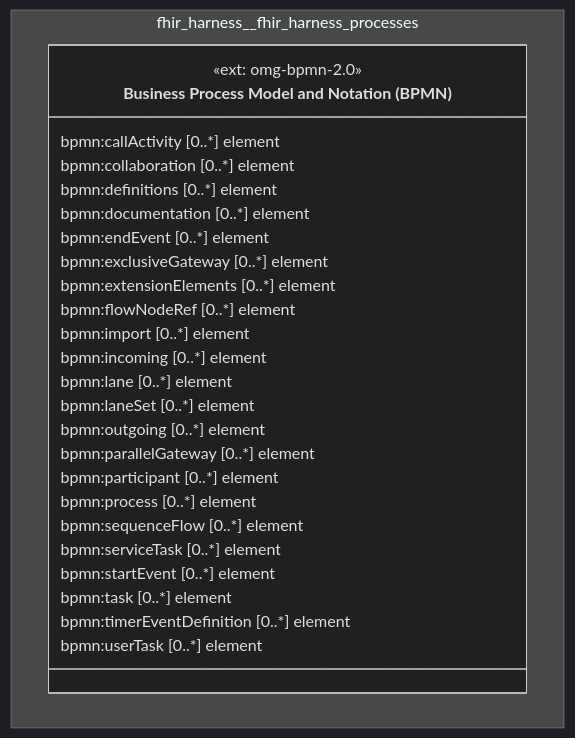
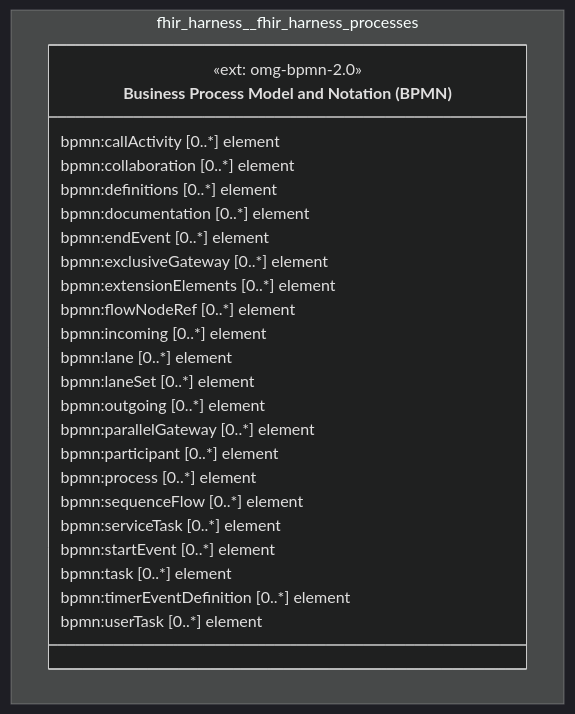
One commit to litlfred/folio-assistant changed the diagram in cat-harness/docs/uml/overview/fhir-harness/fhir-harness-processes.md. Above: the diagram before and after it, drawn with Mermaid (dark theme). The commit also changed 369 other files, not shown here.

First line of the commit message:
Placement PR6 (apcg): library/ingestion split — basic flow in the harness, L1 method in core

````diff
--- a/cat-harness/docs/uml/overview/fhir-harness/fhir-harness-processes.md
+++ b/cat-harness/docs/uml/overview/fhir-harness/fhir-harness-processes.md
@@ -42,32 +42,31 @@
 ```mermaid
 classDiagram
   direction TB
   namespace fhir_harness__fhir_harness_processes {
     class fhir_harness_fhir_harness_processes_omg_bpmn_2_0["Business Process Model and Notation (BPMN)"] {
       <<ext: omg-bpmn-2.0>>
       bpmn:callActivity [0..*] element
       bpmn:collaboration [0..*] element
       bpmn:definitions [0..*] element
       bpmn:documentation [0..*] element
       bpmn:endEvent [0..*] element
       bpmn:exclusiveGateway [0..*] element
       bpmn:extensionElements [0..*] element
       bpmn:flowNodeRef [0..*] element
-      bpmn:import [0..*] element
       bpmn:incoming [0..*] element
       bpmn:lane [0..*] element
       bpmn:laneSet [0..*] element
       bpmn:outgoing [0..*] element
       bpmn:parallelGateway [0..*] element
       bpmn:participant [0..*] element
       bpmn:process [0..*] element
       bpmn:sequenceFlow [0..*] element
       bpmn:serviceTask [0..*] element
       bpmn:startEvent [0..*] element
       bpmn:task [0..*] element
       bpmn:timerEventDefinition [0..*] element
       bpmn:userTask [0..*] element
     }
   }
   cssClass "fhir_harness_fhir_harness_processes_omg_bpmn_2_0" fa_uml_kind_processes
 ```
````
